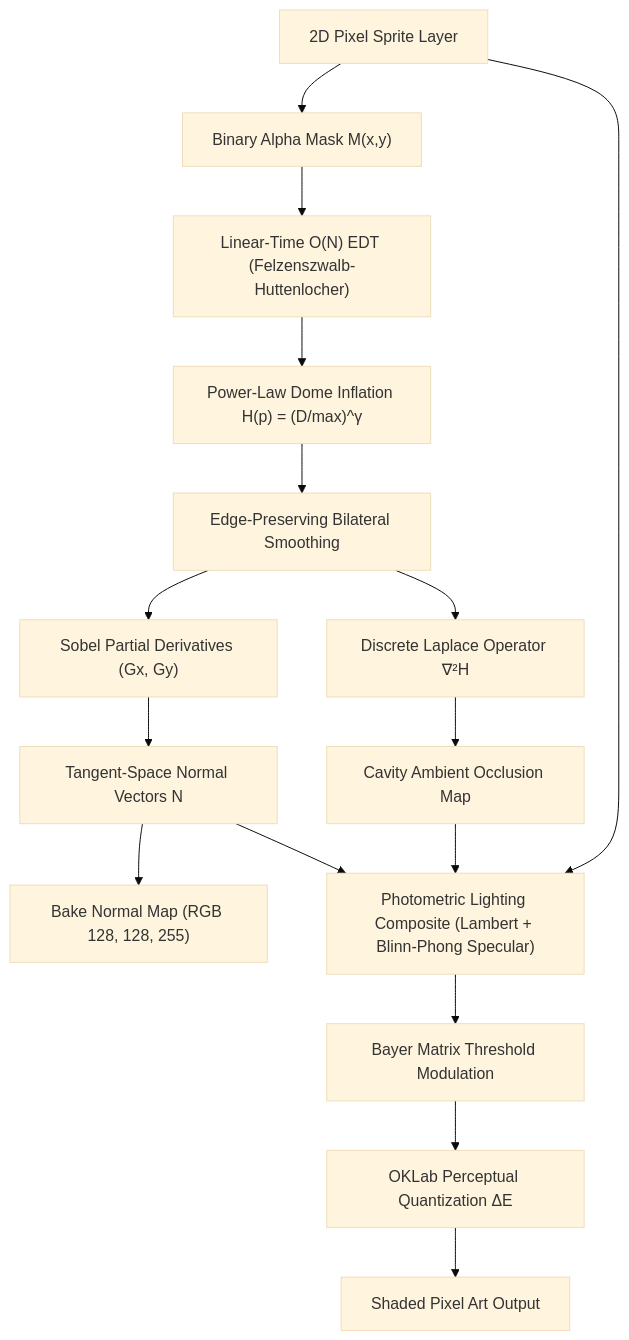
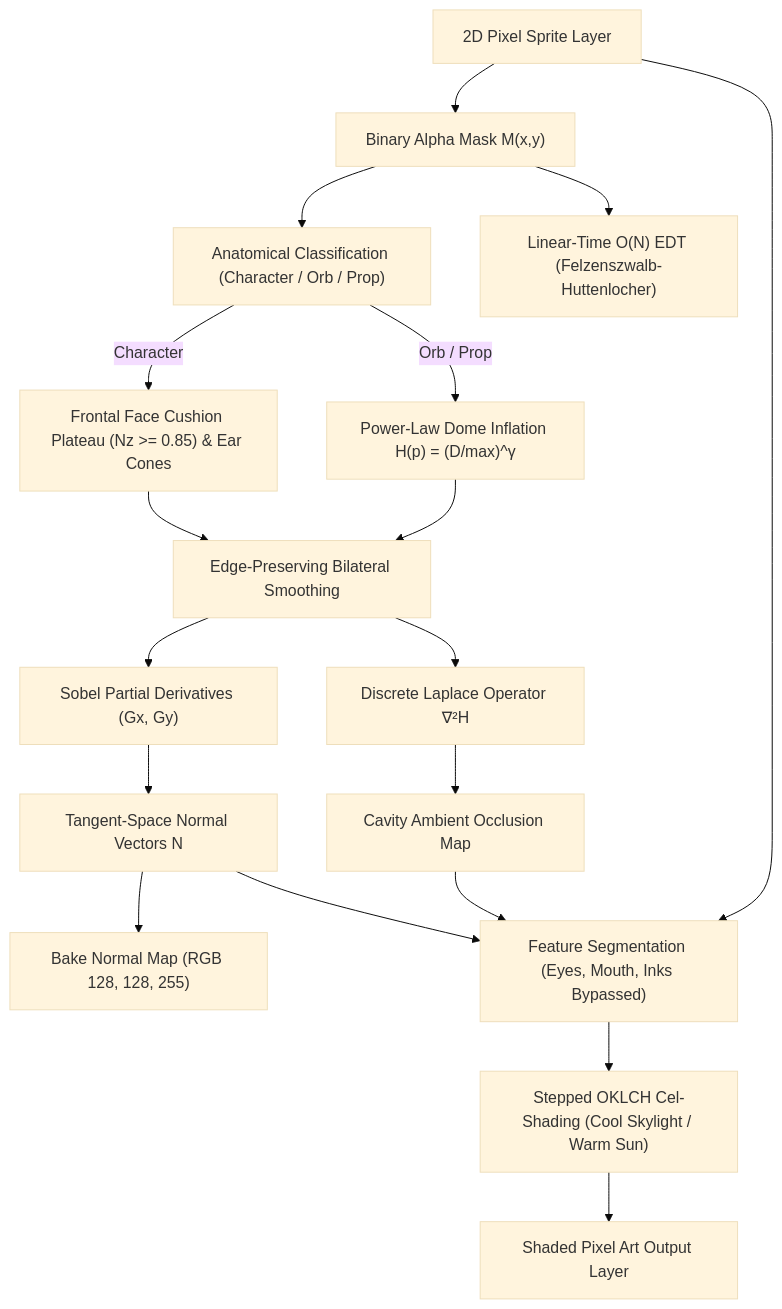
Before and after one commit to lxcario/PixiBun: the third of 6 diagrams in ARCHITECTURE.md, drawn with Mermaid (base theme). The commit also changed other lines of this file and 6 other files, not shown here.

Commit message:
docs(sync): align all documentation files with latest photometric deep art understanding, bounded 2.5D cast shadows, and 296 unit tests

````diff
--- a/ARCHITECTURE.md
+++ b/ARCHITECTURE.md
@@ -103,19 +111,21 @@
 ```mermaid
 graph TD
     RawSprite["2D Pixel Sprite Layer"] --> Mask["Binary Alpha Mask M(x,y)"]
+    Mask --> Classify["Anatomical Classification (Character / Orb / Prop)"]
     Mask --> EDT["Linear-Time O(N) EDT (Felzenszwalb-Huttenlocher)"]
-    EDT --> Profile["Power-Law Dome Inflation H(p) = (D/max)^γ"]
-    Profile --> Bilateral["Edge-Preserving Bilateral Smoothing"]
     
+    Classify -->|Character| Cushion["Frontal Face Cushion Plateau (Nz >= 0.85) & Ear Cones"]
+    Classify -->|Orb / Prop| Dome["Power-Law Dome Inflation H(p) = (D/max)^γ"]
+    
+    Cushion & Dome --> Bilateral["Edge-Preserving Bilateral Smoothing"]
     Bilateral --> Sobel["Sobel Partial Derivatives (Gx, Gy)"]
     Sobel --> Normals["Tangent-Space Normal Vectors N"]
     Normals --> Bake["Bake Normal Map (RGB 128, 128, 255)"]
 
     Bilateral --> Laplace["Discrete Laplace Operator ∇²H"]
     Laplace --> AO["Cavity Ambient Occlusion Map"]
 
-    Normals & AO & RawSprite --> Lighting["Photometric Lighting Composite (Lambert + Blinn-Phong Specular)"]
-    Lighting --> BayerDither["Bayer Matrix Threshold Modulation"]
-    BayerDither --> OKLab["OKLab Perceptual Quantization ΔE"]
-    OKLab --> FinalOutput["Shaded Pixel Art Output"]
+    Normals & AO & RawSprite --> Protect["Feature Segmentation (Eyes, Mouth, Inks Bypassed)"]
+    Protect --> Lighting["Stepped OKLCH Cel-Shading (Cool Skylight / Warm Sun)"]
+    Lighting --> FinalOutput["Shaded Pixel Art Output Layer"]
 ```
````
